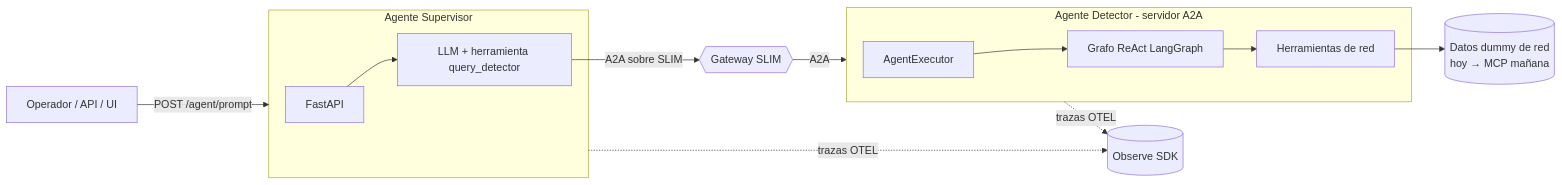
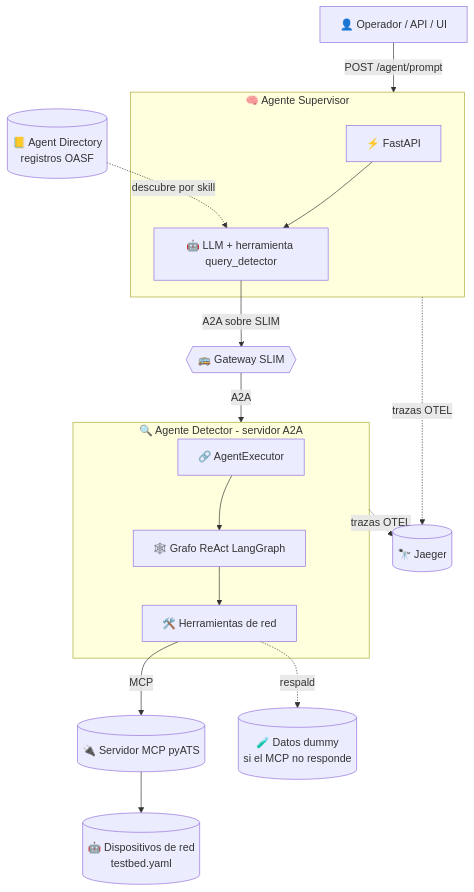
The first of 2 diagrams in README.md (ponchotitlan/packet-panic-agntcy), drawn with Mermaid before and after one commit. The commit also changed other lines of this file and 14 other files, not shown here.

````diff
--- a/README.md
+++ b/README.md
@@ -33,21 +73,25 @@
 ```mermaid
-flowchart LR
-    OP[Operador / API / UI] -->|POST /agent/prompt| SUP
+flowchart TB
+    OP[👤 Operador / API / UI] -->|POST /agent/prompt| SUP
 
-    subgraph SUP[Agente Supervisor]
-        API[FastAPI] --> LLMS[LLM + herramienta query_detector]
+    subgraph SUP[🧠 Agente Supervisor]
+        API[⚡ FastAPI] --> LLMS[🤖 LLM + herramienta query_detector]
     end
 
-    LLMS -->|A2A sobre SLIM| SLIM{{Gateway SLIM}}
+    DIR[(📒 Agent Directory<br/>registros OASF)] -.descubre por skill.-> LLMS
+
+    LLMS -->|A2A sobre SLIM| SLIM{{🚌 Gateway SLIM}}
     SLIM -->|A2A| DET
 
-    subgraph DET[Agente Detector - servidor A2A]
-        EXEC[AgentExecutor] --> RG[Grafo ReAct LangGraph]
-        RG --> TOOLS[Herramientas de red]
+    subgraph DET[🔍 Agente Detector - servidor A2A]
+        EXEC[🔗 AgentExecutor] --> RG[🕸️ Grafo ReAct LangGraph]
+        RG --> TOOLS[🛠️ Herramientas de red]
     end
 
-    TOOLS --> DUMMY[(Datos dummy de red<br/>hoy → MCP mañana)]
+    TOOLS -->|MCP| MCP[(🔌 Servidor MCP pyATS)]
+    MCP --> NET[( 🤖 Dispositivos de red<br/>testbed.yaml)]
+    TOOLS -.respaldo.-> DUMMY[(🧪 Datos dummy<br/>si el MCP no responde)]
 
-    SUP -.trazas OTEL.-> OBS[(Observe SDK)]
+    SUP -.trazas OTEL.-> OBS[(🔭 Jaeger)]
     DET -.trazas OTEL.-> OBS
 ```
````
